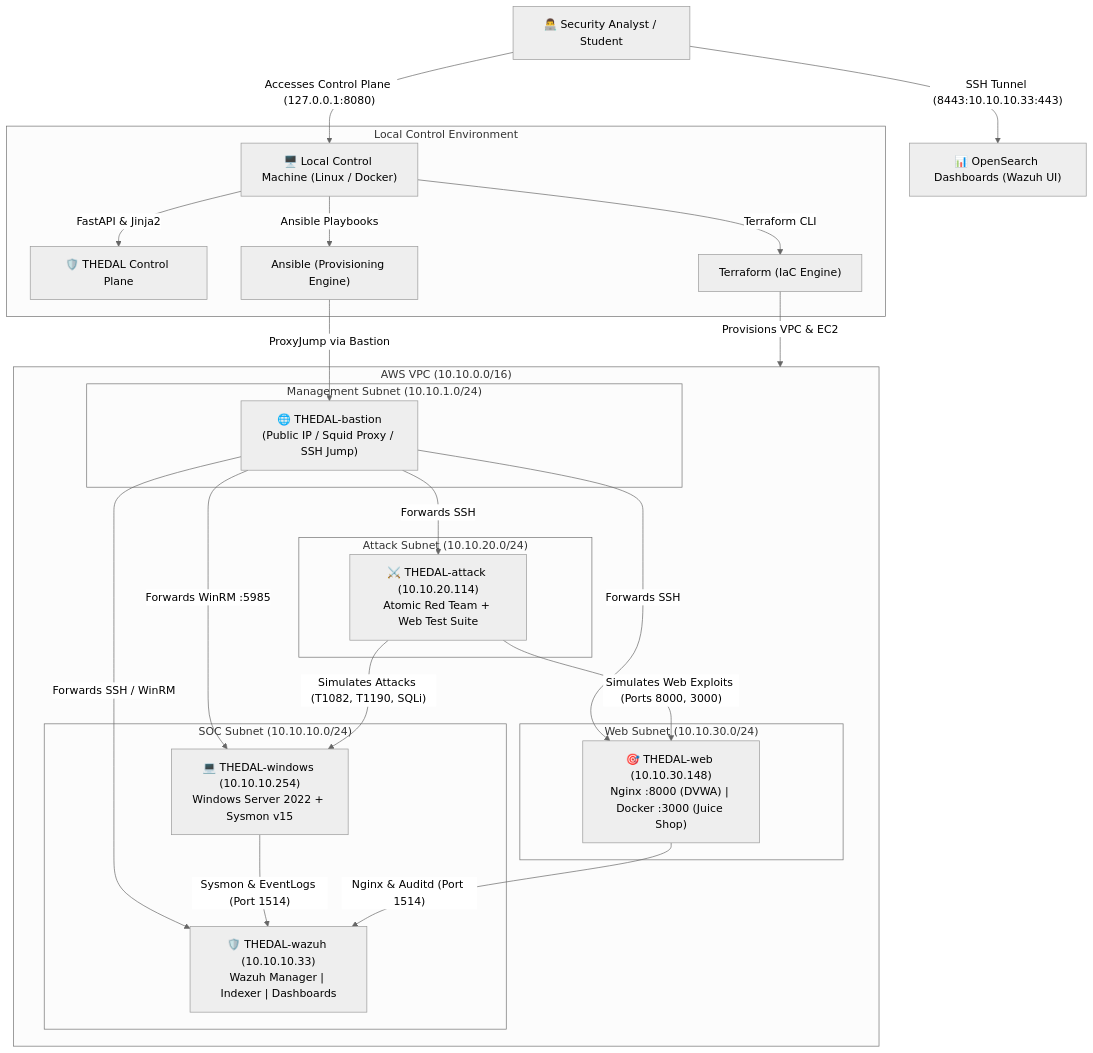
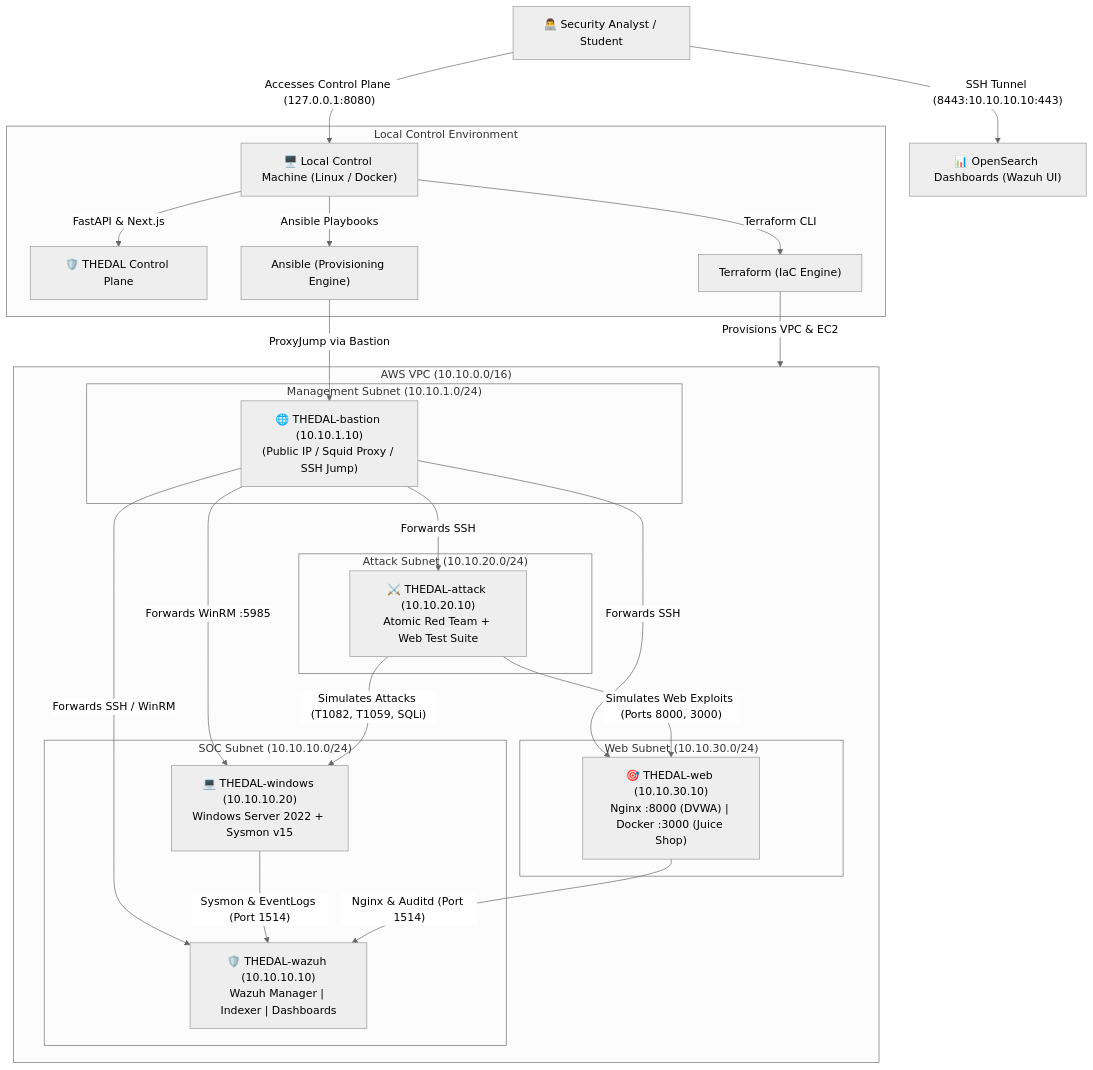
Before and after one commit to EswaranS-06/THEDAL: the diagram in README.md, drawn with Mermaid (neutral theme). The commit also changed other lines of this file and 12 other files, not shown here.

````diff
--- a/README.md
+++ b/README.md
@@ -85,43 +85,43 @@
 ```mermaid
 graph TD
     User["👨‍💻 Security Analyst / Student"] -->|"Accesses Control Plane (127.0.0.1:8080)"| ControlVM["🖥️ Local Control Machine (Linux / Docker)"]
-    User -->|"SSH Tunnel (8443:10.10.10.33:443)"| WazuhUI["📊 OpenSearch Dashboards (Wazuh UI)"]
+    User -->|"SSH Tunnel (8443:10.10.10.10:443)"| WazuhUI["📊 OpenSearch Dashboards (Wazuh UI)"]
 
     subgraph Control_Environment["Local Control Environment"]
-        ControlVM -->|"FastAPI & Jinja2"| ControlPlane["🛡️ THEDAL Control Plane"]
+        ControlVM -->|"FastAPI & Next.js"| ControlPlane["🛡️ THEDAL Control Plane"]
         ControlVM -->|"Terraform CLI"| TF["Terraform (IaC Engine)"]
         ControlVM -->|"Ansible Playbooks"| Ansible["Ansible (Provisioning Engine)"]
     end
 
     TF -->|"Provisions VPC & EC2"| AWS_VPC["☁️ AWS VPC: 10.10.0.0/16 (ap-south-1)"]
 
     subgraph AWS_VPC["AWS VPC (10.10.0.0/16)"]
         subgraph Public_Tier["Management Subnet (10.10.1.0/24)"]
-            Bastion["🌐 THEDAL-bastion<br/>(Public IP / Squid Proxy / SSH Jump)"]
+            Bastion["🌐 THEDAL-bastion (10.10.1.10)<br/>(Public IP / Squid Proxy / SSH Jump)"]
         end
 
         subgraph Private_SOC_Tier["SOC Subnet (10.10.10.0/24)"]
-            WazuhHost["🛡️ THEDAL-wazuh (10.10.10.33)<br/>Wazuh Manager | Indexer | Dashboards"]
-            WinHost["💻 THEDAL-windows (10.10.10.254)<br/>Windows Server 2022 + Sysmon v15"]
+            WazuhHost["🛡️ THEDAL-wazuh (10.10.10.10)<br/>Wazuh Manager | Indexer | Dashboards"]
+            WinHost["💻 THEDAL-windows (10.10.10.20)<br/>Windows Server 2022 + Sysmon v15"]
         end
 
         subgraph Private_Attack_Tier["Attack Subnet (10.10.20.0/24)"]
-            AttackHost["⚔️ THEDAL-attack (10.10.20.114)<br/>Atomic Red Team + Web Test Suite"]
+            AttackHost["⚔️ THEDAL-attack (10.10.20.10)<br/>Atomic Red Team + Web Test Suite"]
         end
 
         subgraph Private_Web_Tier["Web Subnet (10.10.30.0/24)"]
-            WebHost["🎯 THEDAL-web (10.10.30.148)<br/>Nginx :8000 (DVWA) | Docker :3000 (Juice Shop)"]
+            WebHost["🎯 THEDAL-web (10.10.30.10)<br/>Nginx :8000 (DVWA) | Docker :3000 (Juice Shop)"]
         end
     end
 
     Ansible -->|"ProxyJump via Bastion"| Bastion
     Bastion -->|"Forwards SSH / WinRM"| WazuhHost
     Bastion -->|"Forwards SSH"| AttackHost
     Bastion -->|"Forwards SSH"| WebHost
     Bastion -->|"Forwards WinRM :5985"| WinHost
 
     WinHost -->|"Sysmon & EventLogs (Port 1514)"| WazuhHost
     WebHost -->|"Nginx & Auditd (Port 1514)"| WazuhHost
-    AttackHost -->|"Simulates Attacks (T1082, T1190, SQLi)"| WinHost
+    AttackHost -->|"Simulates Attacks (T1082, T1059, SQLi)"| WinHost
     AttackHost -->|"Simulates Web Exploits (Ports 8000, 3000)"| WebHost
 ```
````
